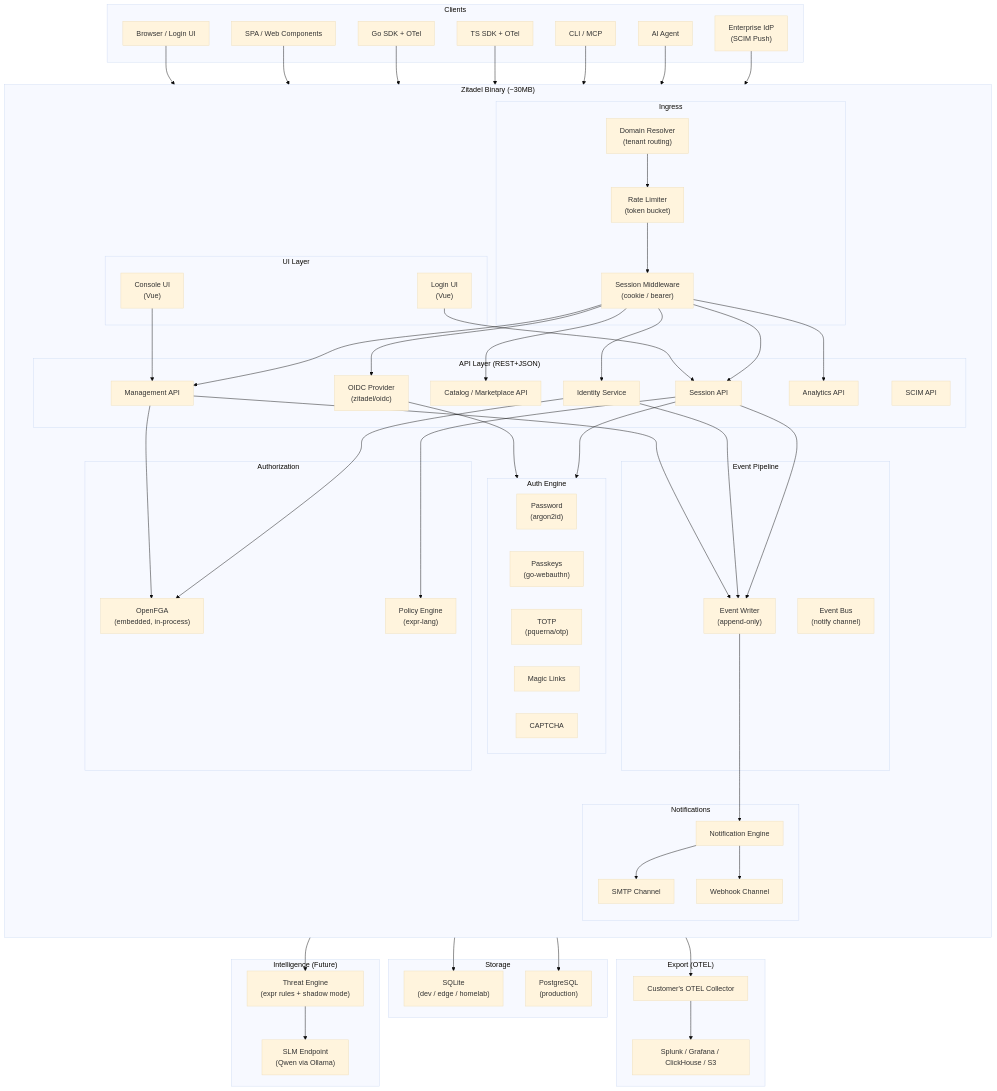
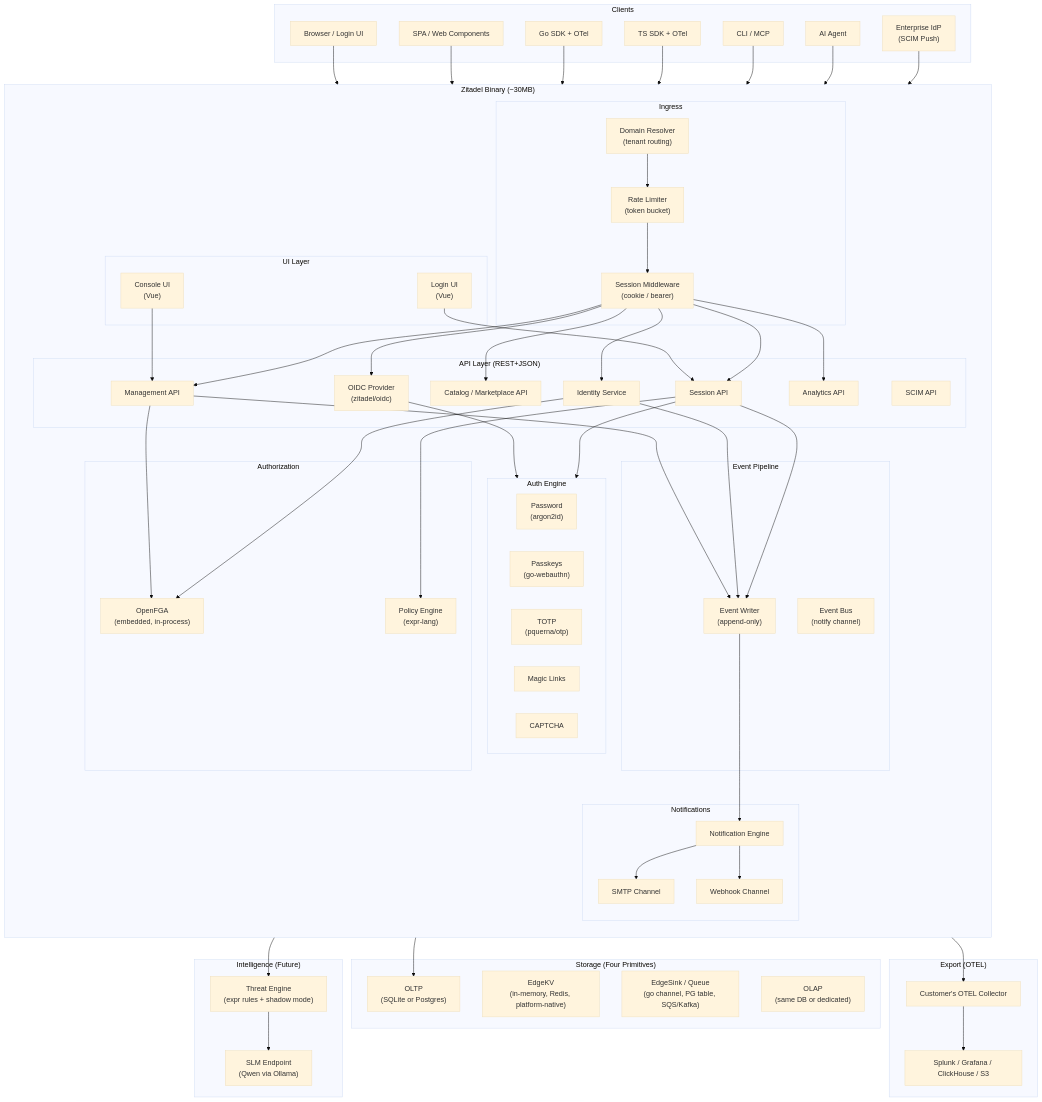
The first of 3 diagrams in docs/architecture/overview.md (fforootd/hodor), drawn with Mermaid (base theme) before and after one commit. The commit also changed other lines of this file and 81 other files, not shown here.

```diff
--- a/docs/architecture/overview.md
+++ b/docs/architecture/overview.md
@@ -65,9 +65,11 @@
         end
     end
 
-    subgraph Storage["Storage"]
-        SQLite["SQLite<br/>(dev / edge / homelab)"]
-        Postgres["PostgreSQL<br/>(production)"]
+    subgraph Storage["Storage (Four Primitives)"]
+        OLTP_S["OLTP<br/>(SQLite or Postgres)"]
+        KV_S["EdgeKV<br/>(in-memory, Redis, platform-native)"]
+        Queue_S["EdgeSink / Queue<br/>(go channel, PG table, SQS/Kafka)"]
+        OLAP_S["OLAP<br/>(same DB or dedicated)"]
     end
 
     subgraph Export["Export (OTEL)"]
@@ -111,8 +113,7 @@
     IdentityAPI --> EventWriter
     MgmtAPI --> EventWriter
 
-    EventWriter --> SQLite
-    EventWriter --> Postgres
+    EventWriter --> OLTP_S
 
     EventWriter --> NotifyEngine
     NotifyEngine --> SMTP_C
```
